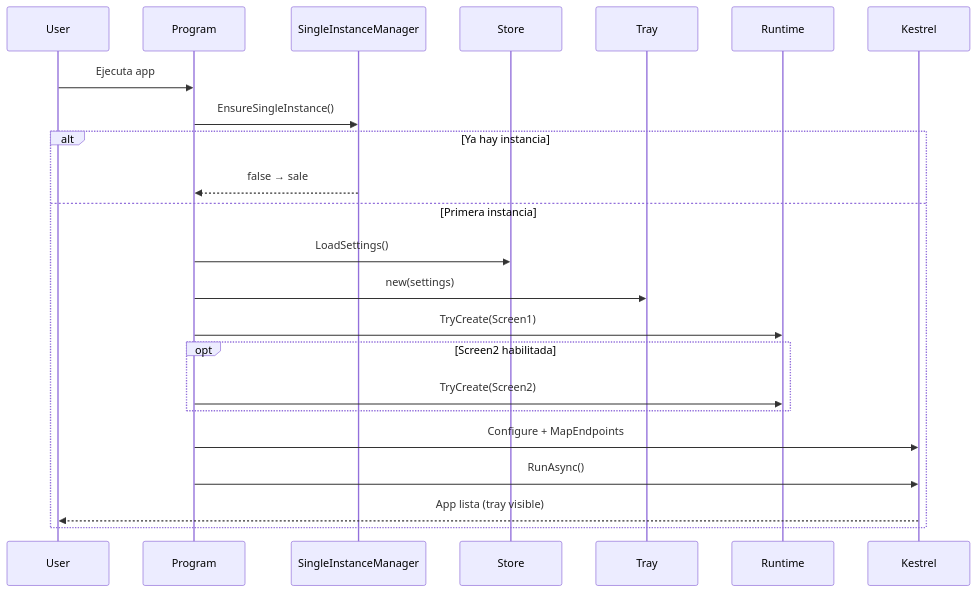
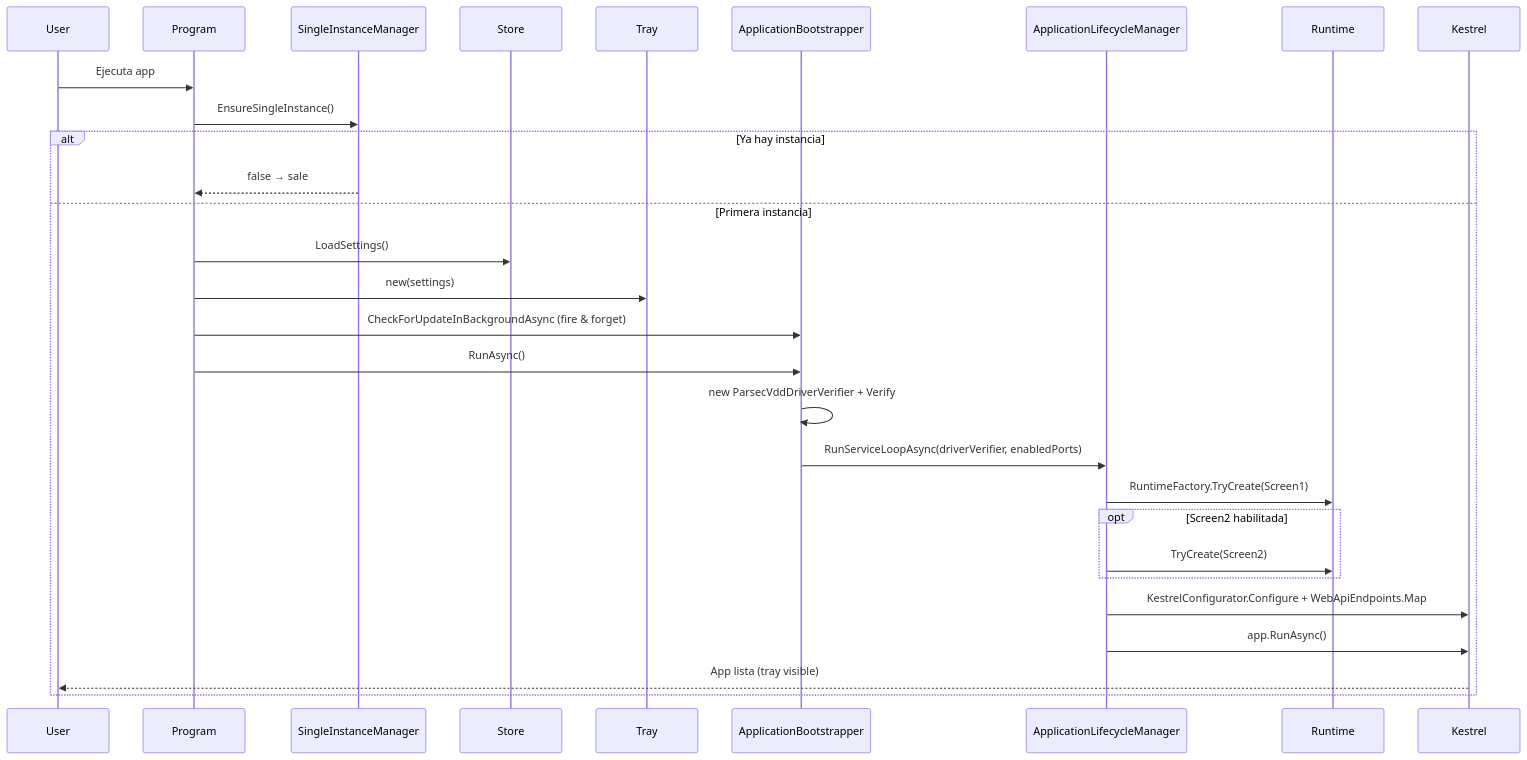
Before and after one commit to quiro90/VirtualWebDisplay: the second of 3 diagrams in VirtualWebDisplay/Arquitectura/Diagramas del Sistema.md, drawn with Mermaid. The commit also changed 24 other files, not shown here.

````diff
--- a/VirtualWebDisplay/Arquitectura/Diagramas del Sistema.md
+++ b/VirtualWebDisplay/Arquitectura/Diagramas del Sistema.md
@@ -42,26 +42,32 @@
 ```mermaid
 sequenceDiagram
     participant User
     participant Program
     participant SingleInstanceManager
     participant Store
     participant Tray
+    participant Bootstrapper as ApplicationBootstrapper
+    participant Lifecycle as ApplicationLifecycleManager
     participant Runtime
     participant Kestrel
 
     User->>Program: Ejecuta app
     Program->>SingleInstanceManager: EnsureSingleInstance()
     alt Ya hay instancia
         SingleInstanceManager-->>Program: false → sale
     else Primera instancia
         Program->>Store: LoadSettings()
         Program->>Tray: new(settings)
-        Program->>Runtime: TryCreate(Screen1)
+        Program->>Bootstrapper: CheckForUpdateInBackgroundAsync (fire & forget)
+        Program->>Bootstrapper: RunAsync()
+        Bootstrapper->>Bootstrapper: new ParsecVddDriverVerifier + Verify
+        Bootstrapper->>Lifecycle: RunServiceLoopAsync(driverVerifier, enabledPorts)
+        Lifecycle->>Runtime: RuntimeFactory.TryCreate(Screen1)
         opt Screen2 habilitada
-            Program->>Runtime: TryCreate(Screen2)
+            Lifecycle->>Runtime: TryCreate(Screen2)
         end
-        Program->>Kestrel: Configure + MapEndpoints
-        Program->>Kestrel: RunAsync()
+        Lifecycle->>Kestrel: KestrelConfigurator.Configure + WebApiEndpoints.Map
+        Lifecycle->>Kestrel: app.RunAsync()
         Kestrel-->>User: App lista (tray visible)
     end
 ```
````
